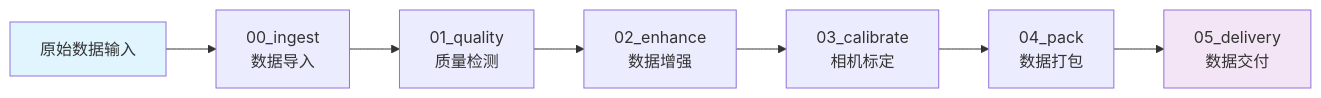
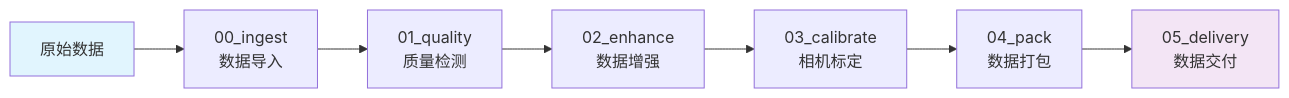
One commit to SpharxTeam/Workshop changed the first of 2 diagrams in README.md. Above: the diagram before and after it, drawn with Mermaid. The commit also changed other lines of this file, not shown here.

````diff
--- a/README.md
+++ b/README.md
@@ -10,12 +79,12 @@
 ```mermaid
 graph LR
-    A[原始数据输入] --> B[00_ingest<br/>数据导入]
+    A[原始数据] --> B[00_ingest<br/>数据导入]
     B --> C[01_quality<br/>质量检测]
     C --> D[02_enhance<br/>数据增强]
     D --> E[03_calibrate<br/>相机标定]
     E --> F[04_pack<br/>数据打包]
     F --> G[05_delivery<br/>数据交付]
-    
+
     style A fill:#e1f5fe
     style G fill:#f3e5f5
 ```
````
